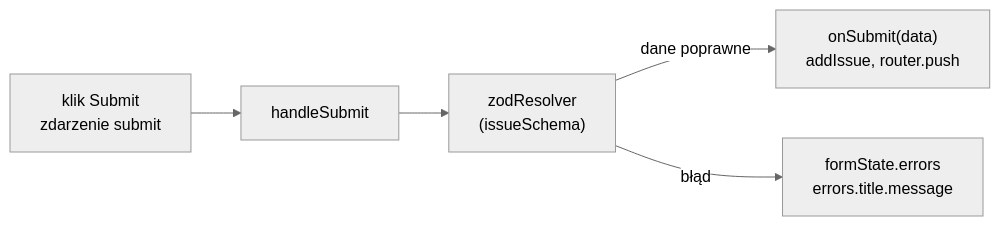
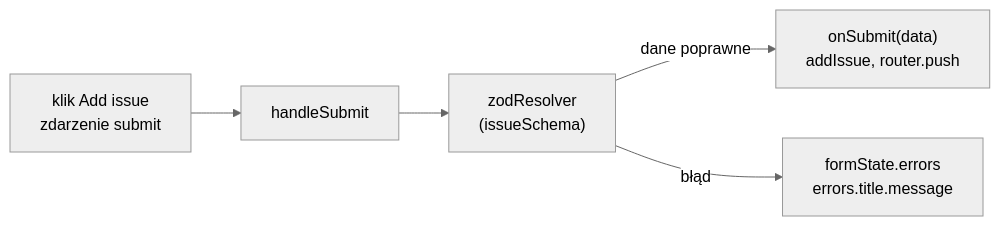
One commit to mmiotk/frontend-development-ug changed the diagram in lecture03/slides/slide_11_react-hook-form.md. Above: the diagram before and after it, drawn with Mermaid (neutral theme). The commit also changed other lines of this file and 48 other files, not shown here.

````diff
--- a/lecture03/slides/slide_11_react-hook-form.md
+++ b/lecture03/slides/slide_11_react-hook-form.md
@@ -156,8 +163,8 @@
 ```mermaid
 %%{init: {"flowchart": {"wrappingWidth": 360}}}%%
 flowchart LR
-    U["klik Submit<br/>zdarzenie submit"] --> H["handleSubmit"]
+    U["klik Add issue<br/>zdarzenie submit"] --> H["handleSubmit"]
     H --> Z["zodResolver<br/>(issueSchema)"]
     Z -->|"dane poprawne"| S["onSubmit(data)<br/>addIssue, router.push"]
     Z -->|"błąd"| E["formState.errors<br/>errors.title.message"]
 ```
````
